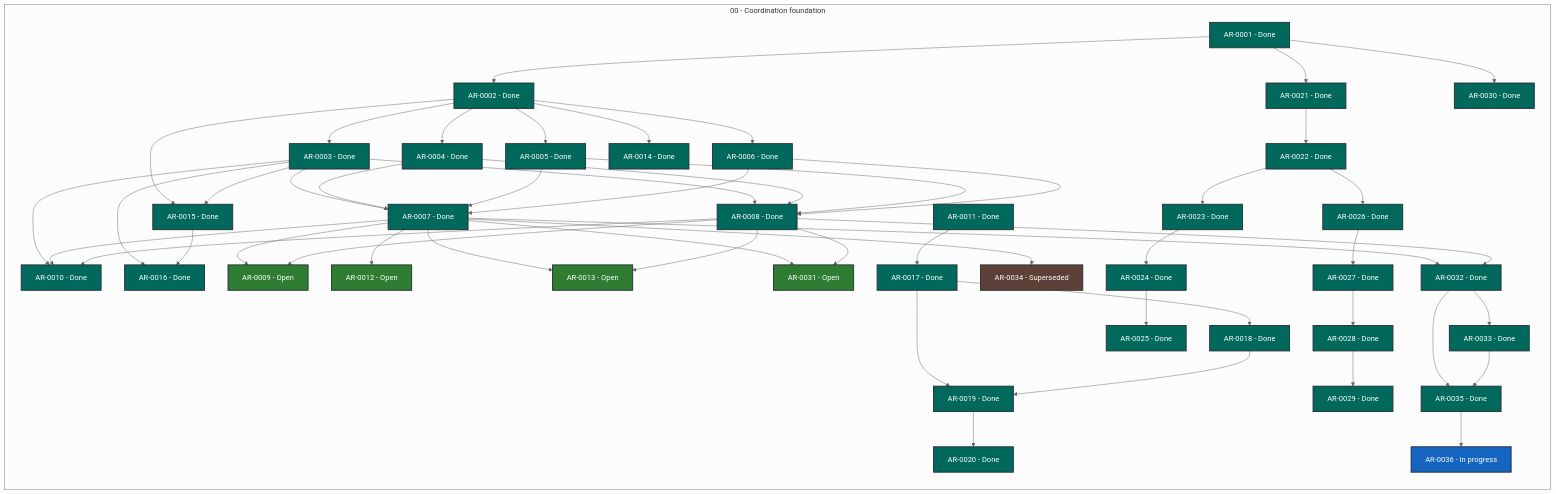
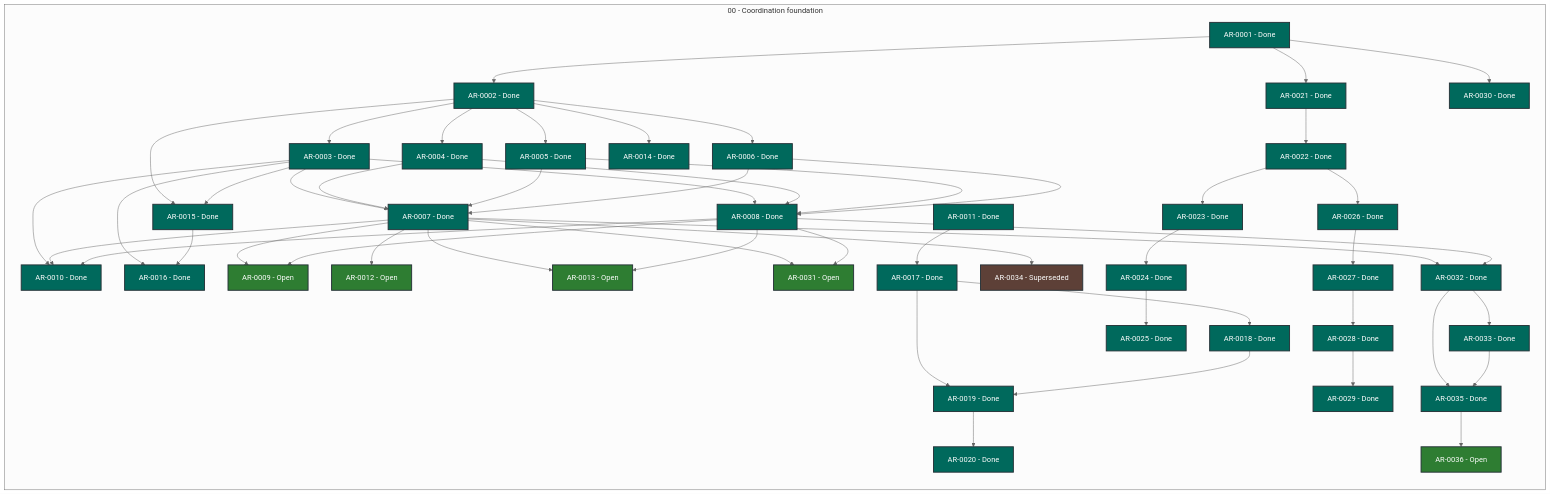
One commit to martin-beck/agent-workflow-coordinator-state changed the diagram in STATUS.md. Above: the diagram before and after it, drawn with Mermaid (neutral theme). The commit also changed other lines of this file and 2 other files, not shown here.

```diff
--- a/STATUS.md
+++ b/STATUS.md
@@ -63,7 +63,7 @@
         AR_0033["AR-0033 - Done"]:::status_done
         AR_0034["AR-0034 - Superseded"]:::status_superseded
         AR_0035["AR-0035 - Done"]:::status_done
-        AR_0036["AR-0036 - In progress"]:::status_in_progress
+        AR_0036["AR-0036 - Open"]:::status_open
     end
     AR_0001 --> AR_0002
     AR_0001 --> AR_0021
```
